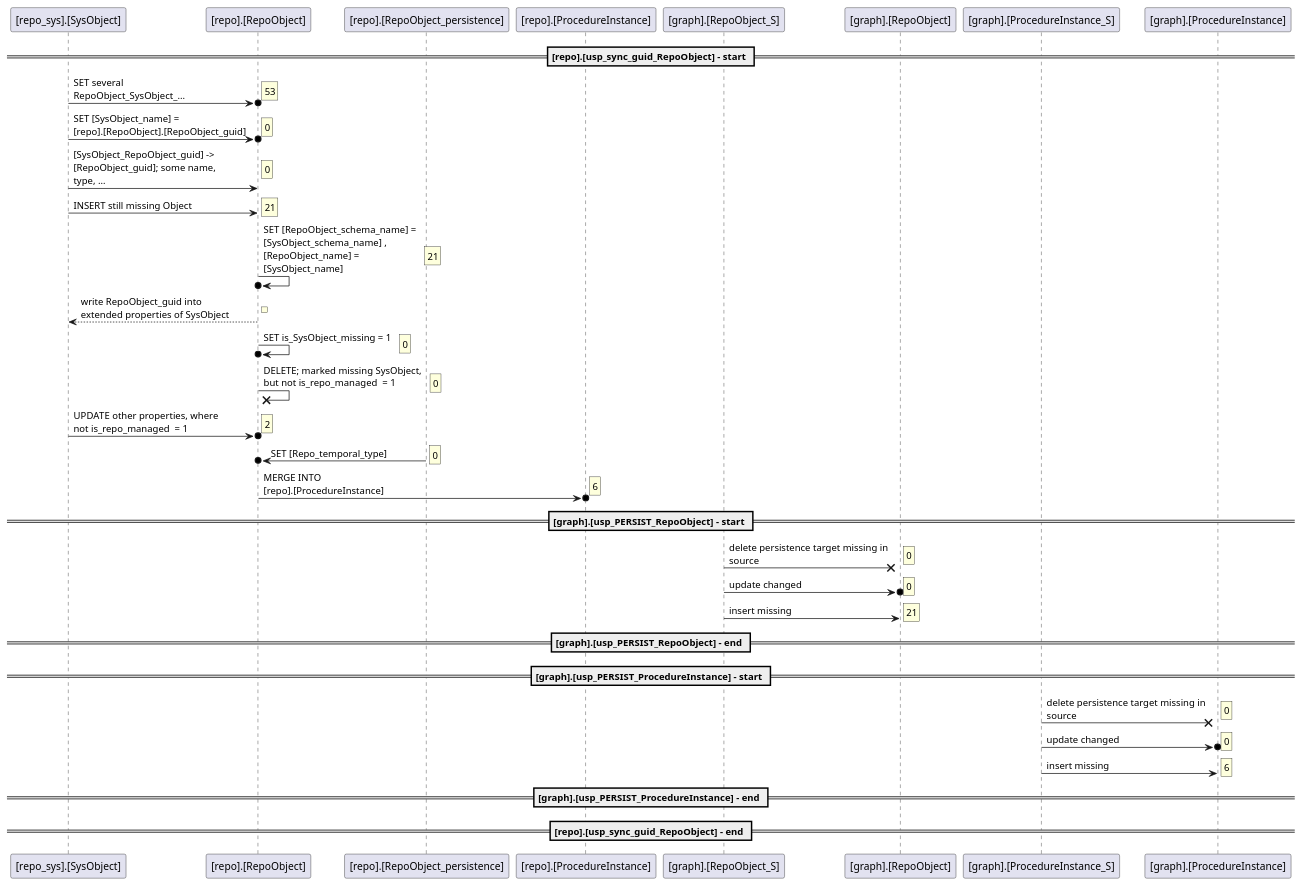
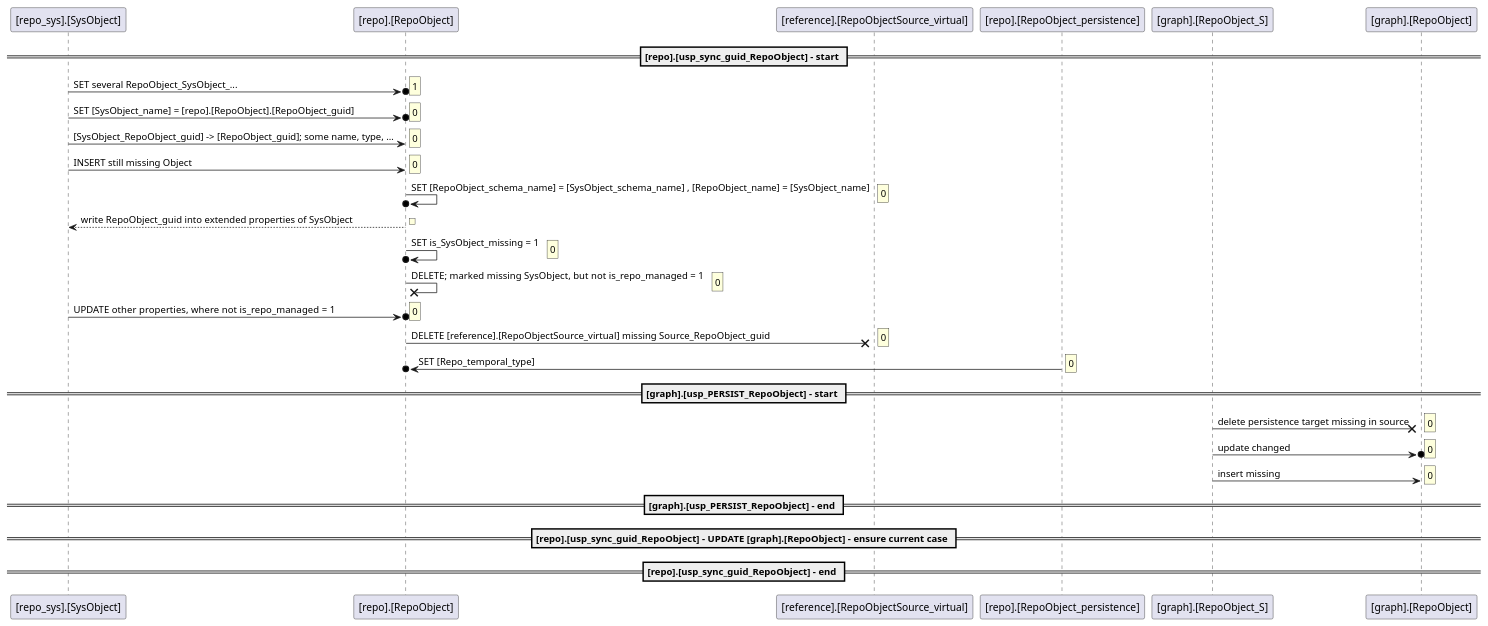
The fourth of 8 diagrams in docs/modules/arc/partials/06_runtime_view.adoc (DataHandwerk/dhw-antora-docs), drawn with PlantUML before and after one commit. The commit also changed other lines of this file and 19 other files, not shown here.

```diff
--- a/docs/modules/arc/partials/06_runtime_view.adoc
+++ b/docs/modules/arc/partials/06_runtime_view.adoc
@@ -143,56 +222,47 @@
 [plantuml, dhw-sequence-usp_sync_guid_RepoObject, svg]
 ....
-skinparam maxmessagesize 220
+'skinparam maxmessagesize 220
 
 == [repo].[usp_sync_guid_RepoObject] - start ==
 
 "[repo_sys].[SysObject]" ->O "[repo].[RepoObject]" : SET several RepoObject_SysObject_...
-rnote right:53
+rnote right:1
 "[repo_sys].[SysObject]" ->O "[repo].[RepoObject]" : SET [SysObject_name] = [repo].[RepoObject].[RepoObject_guid]
 rnote right:0
 "[repo_sys].[SysObject]" -> "[repo].[RepoObject]" : [SysObject_RepoObject_guid] -> [RepoObject_guid]; some name, type, …
 rnote right:0
 "[repo_sys].[SysObject]" -> "[repo].[RepoObject]" : INSERT still missing Object
-rnote right:21
+rnote right:0
 "[repo].[RepoObject]" ->O "[repo].[RepoObject]" : SET [RepoObject_schema_name] = [SysObject_schema_name] , [RepoObject_name] = [SysObject_name]
-rnote right:21
+rnote right:0
 "[repo].[RepoObject]" --> "[repo_sys].[SysObject]" : write RepoObject_guid into extended properties of SysObject
 rnote right:
 "[repo].[RepoObject]" ->O "[repo].[RepoObject]" : SET is_SysObject_missing = 1
 rnote right:0
 "[repo].[RepoObject]" ->x "[repo].[RepoObject]" : DELETE; marked missing SysObject, but not is_repo_managed  = 1
 rnote right:0
 "[repo_sys].[SysObject]" ->O "[repo].[RepoObject]" : UPDATE other properties, where not is_repo_managed  = 1
-rnote right:2
+rnote right:0
+"[repo].[RepoObject]" ->x "[reference].[RepoObjectSource_virtual]" : DELETE [reference].[RepoObjectSource_virtual] missing Source_RepoObject_guid
+rnote right:0
 "[repo].[RepoObject_persistence]" ->O "[repo].[RepoObject]" : SET [Repo_temporal_type]
 rnote right:0
-"[repo].[RepoObject]" ->O "[repo].[ProcedureInstance]" : MERGE INTO [repo].[ProcedureInstance]
-rnote right:6
 
 == [graph].[usp_PERSIST_RepoObject] - start ==
 
 "[graph].[RepoObject_S]" ->x "[graph].[RepoObject]" : delete persistence target missing in source
 rnote right:0
 "[graph].[RepoObject_S]" ->O "[graph].[RepoObject]" : update changed
 rnote right:0
 "[graph].[RepoObject_S]" -> "[graph].[RepoObject]" : insert missing
-rnote right:21
+rnote right:0
 
 == [graph].[usp_PERSIST_RepoObject] - end ==
 
 
-== [graph].[usp_PERSIST_ProcedureInstance] - start ==
-
-"[graph].[ProcedureInstance_S]" ->x "[graph].[ProcedureInstance]" : delete persistence target missing in source
-rnote right:0
-"[graph].[ProcedureInstance_S]" ->O "[graph].[ProcedureInstance]" : update changed
-rnote right:0
-"[graph].[ProcedureInstance_S]" -> "[graph].[ProcedureInstance]" : insert missing
-rnote right:6
-
-== [graph].[usp_PERSIST_ProcedureInstance] - end ==
+== [repo].[usp_sync_guid_RepoObject] - UPDATE [graph].[RepoObject] - ensure current case ==
 
 
 == [repo].[usp_sync_guid_RepoObject] - end ==
 
 ....
```
